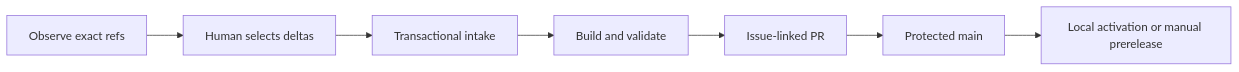
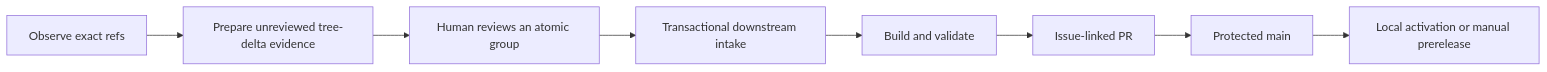
One commit to ralabarta/Sf-Cor-Dev changed the diagram in README.md. Above: the diagram before and after it, drawn with Mermaid. The commit also changed other lines of this file and 26 other files, not shown here.

````diff
--- a/README.md
+++ b/README.md
@@ -21,9 +21,10 @@
 ```mermaid
 flowchart LR
-    O[Observe exact refs] --> S[Human selects deltas]
-    S --> I[Transactional intake]
+    O[Observe exact refs] --> C[Prepare unreviewed tree-delta evidence]
+    C --> S[Human reviews an atomic group]
+    S --> I[Transactional downstream intake]
     I --> V[Build and validate]
     V --> P[Issue-linked PR]
     P --> M[Protected main]
     M --> D[Local activation or manual prerelease]
 ```
````
